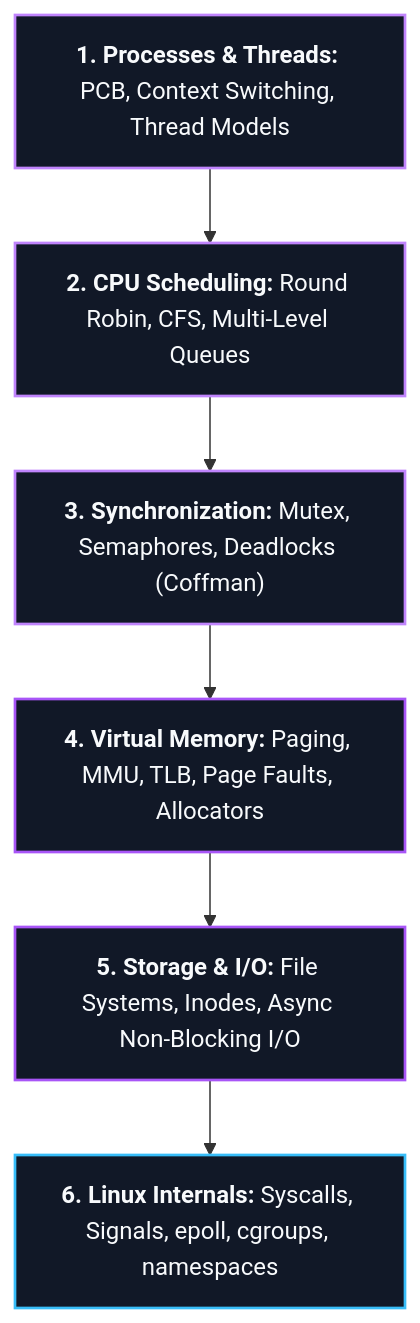
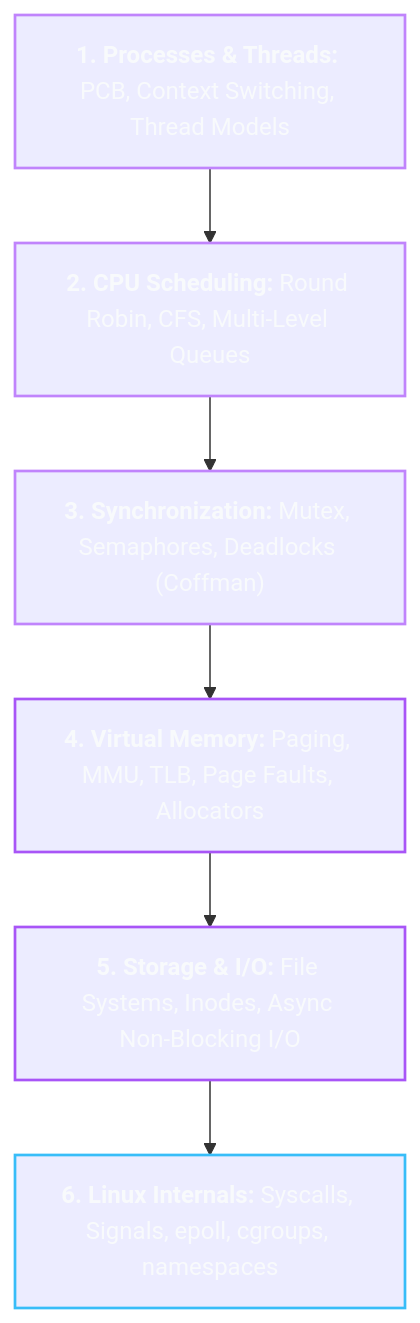
Before and after one commit to abhinavbharti2345/CS_Notes: the diagram in BrainOS/03 - Core CS/Operating Systems.md, drawn with Mermaid. The commit also changed 26 other files, not shown here.

Commit message:
feat: initialize BrainOS knowledge base with foundational curriculum and roadmap notes

````diff
--- a/BrainOS/03 - Core CS/Operating Systems.md
+++ b/BrainOS/03 - Core CS/Operating Systems.md
@@ -37,15 +37,15 @@
 ```mermaid
 flowchart TD
     OS1["<b>1. Processes & Threads:</b> PCB, Context Switching, Thread Models"] --> OS2["<b>2. CPU Scheduling:</b> Round Robin, CFS, Multi-Level Queues"]
     OS2 --> OS3["<b>3. Synchronization:</b> Mutex, Semaphores, Deadlocks (Coffman)"]
     OS3 --> OS4["<b>4. Virtual Memory:</b> Paging, MMU, TLB, Page Faults, Allocators"]
     OS4 --> OS5["<b>5. Storage & I/O:</b> File Systems, Inodes, Async Non-Blocking I/O"]
     OS5 --> OS6["<b>6. Linux Internals:</b> Syscalls, Signals, epoll, cgroups, namespaces"]
 
-    style OS1 fill:#111827,stroke:#C084FC,stroke-width:1.8px,color:#F8FAFC
-    style OS2 fill:#111827,stroke:#C084FC,stroke-width:1.8px,color:#F8FAFC
-    style OS3 fill:#111827,stroke:#C084FC,stroke-width:1.8px,color:#F8FAFC
-    style OS4 fill:#111827,stroke:#A855F7,stroke-width:1.8px,color:#F8FAFC
-    style OS5 fill:#111827,stroke:#A855F7,stroke-width:1.8px,color:#F8FAFC
-    style OS6 fill:#111827,stroke:#38BDF8,stroke-width:1.8px,color:#F8FAFC
+    style OS1 stroke:#C084FC,stroke-width:1.8px,color:#F8FAFC
+    style OS2 stroke:#C084FC,stroke-width:1.8px,color:#F8FAFC
+    style OS3 stroke:#C084FC,stroke-width:1.8px,color:#F8FAFC
+    style OS4 stroke:#A855F7,stroke-width:1.8px,color:#F8FAFC
+    style OS5 stroke:#A855F7,stroke-width:1.8px,color:#F8FAFC
+    style OS6 stroke:#38BDF8,stroke-width:1.8px,color:#F8FAFC
 ```
````
